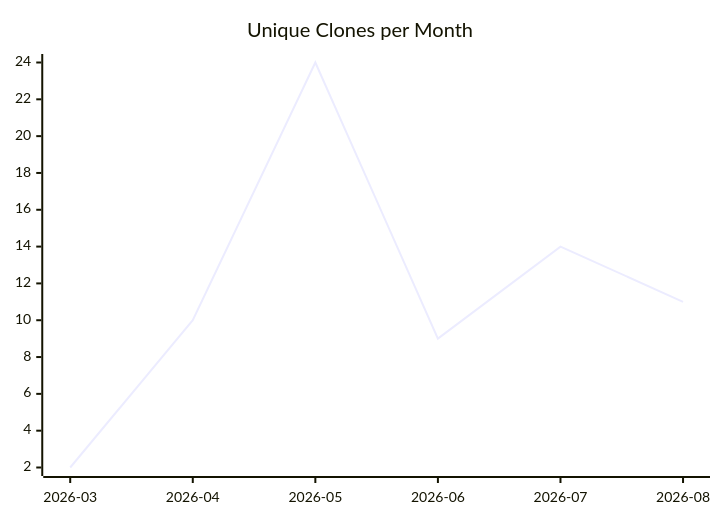
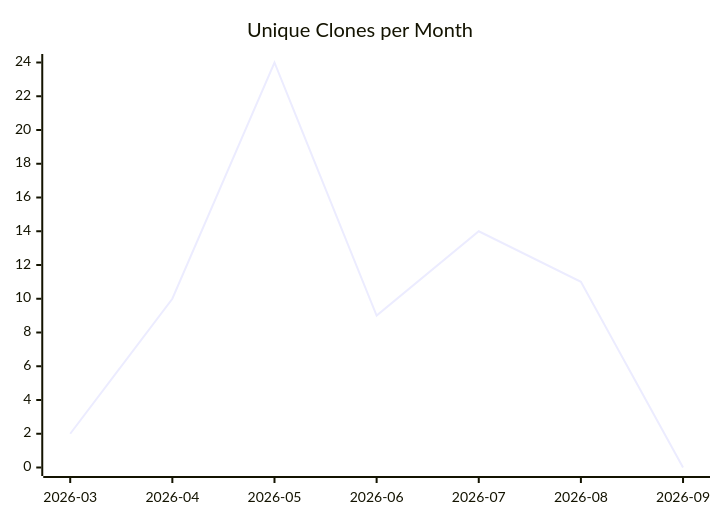
One commit to justdavis-family/github-analytics-data changed the third of 3 diagrams in karlmdavis/xmlpull/README.md. Above: the diagram before and after it, drawn with Mermaid. The commit also changed other lines of this file and 191 other files, not shown here.

````diff
--- a/karlmdavis/xmlpull/README.md
+++ b/karlmdavis/xmlpull/README.md
@@ -19,6 +19,6 @@
 ```mermaid
 xychart-beta
   title "Unique Clones per Month"
-  x-axis ["2026-03", "2026-04", "2026-05", "2026-06", "2026-07", "2026-08"]
-  line [2, 10, 24, 9, 14, 11]
+  x-axis ["2026-03", "2026-04", "2026-05", "2026-06", "2026-07", "2026-08", "2026-09"]
+  line [2, 10, 24, 9, 14, 11, 0]
 ```
````
